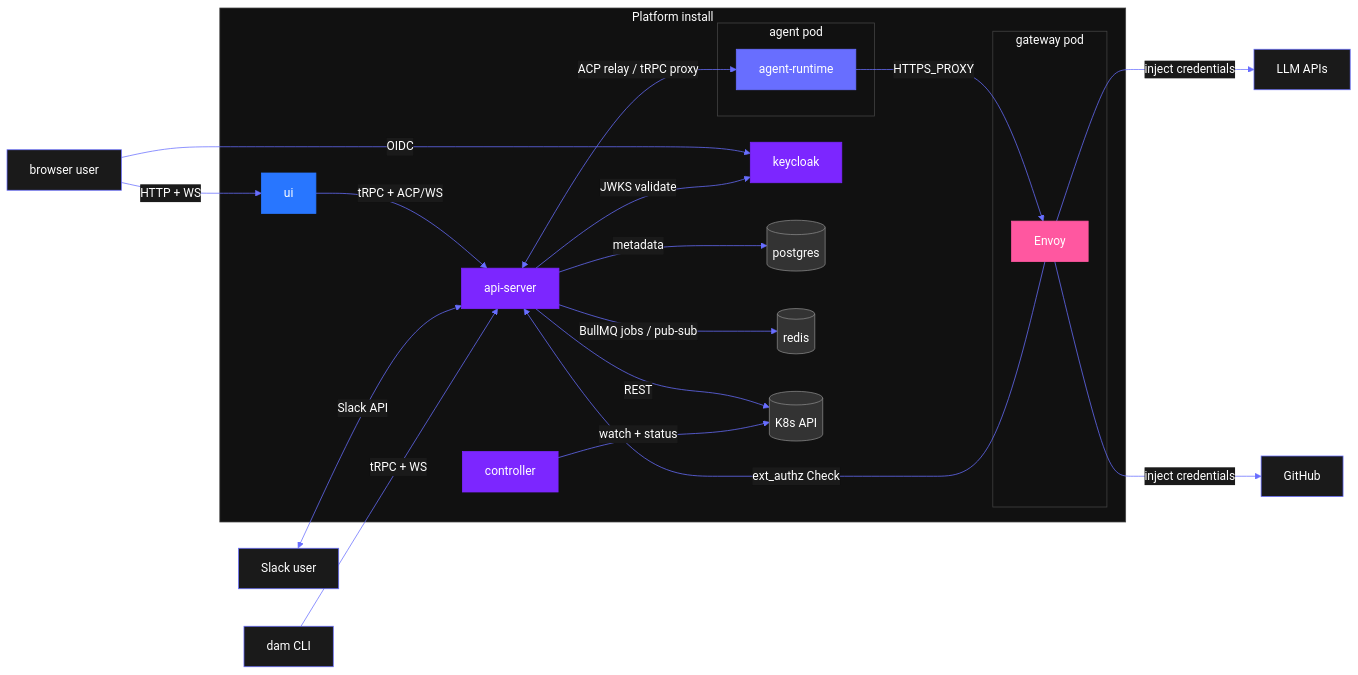
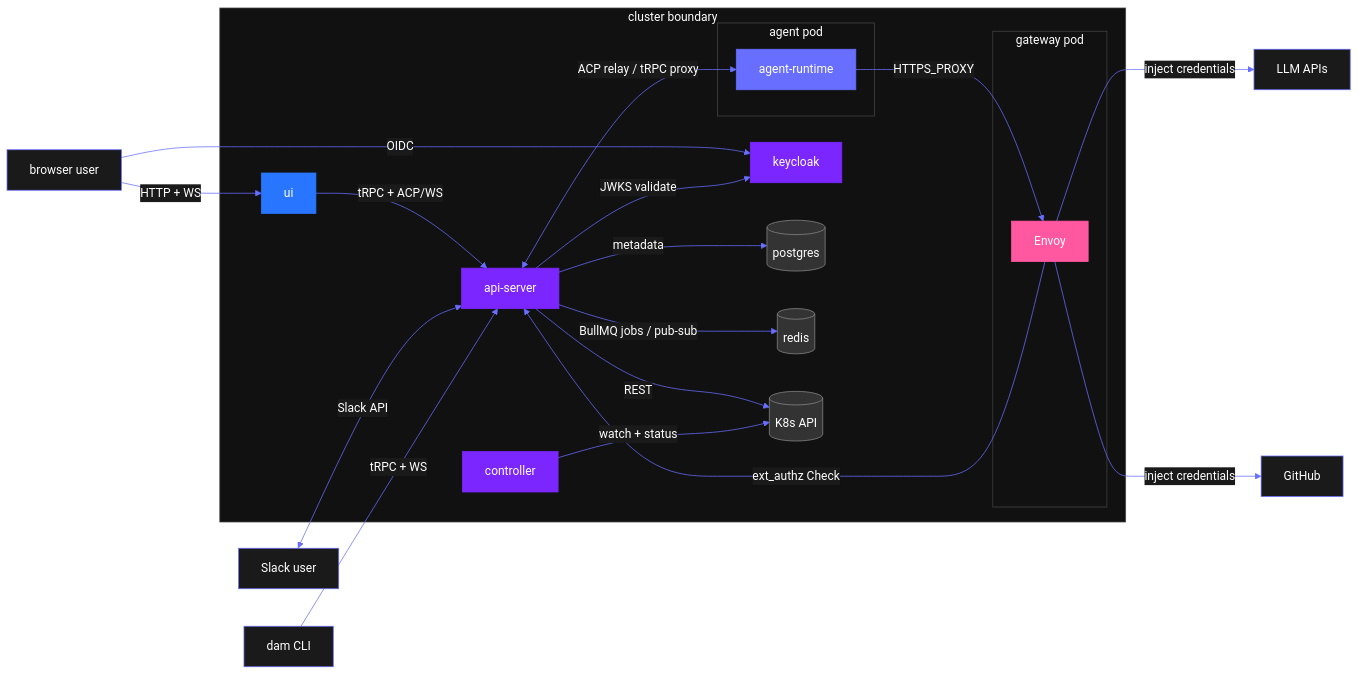
One commit to dam-agents/dam changed the diagram in README.md. Above: the diagram before and after it, drawn with Mermaid. The commit also changed other lines of this file, not shown here.

````diff
--- a/README.md
+++ b/README.md
@@ -45,60 +45,60 @@
 ```mermaid
 %%{init: {"theme": "base", "themeVariables": {"primaryColor": "#1a1a1a", "primaryTextColor": "#ffffff", "primaryBorderColor": "#444444", "lineColor": "#686EFF", "secondaryColor": "#111111", "tertiaryColor": "#0d0d0d", "clusterBkg": "#111111", "clusterBorder": "#444444", "titleColor": "#ffffff", "edgeLabelBackground": "#1a1a1a", "fontFamily": "monospace"}}}%%
 flowchart LR
   user[browser user]
   slack-user[Slack user]
   cli[dam CLI]
   llm[LLM APIs]
   github[GitHub]
 
-  subgraph cluster[Platform install]
+  subgraph cluster[cluster boundary]
     ui[ui]
     api-server[api-server]
     controller[controller]
     keycloak[keycloak]
     postgres[(postgres)]
     redis[(redis)]
     k8s-api[(K8s API)]
     subgraph agentpod[agent pod]
       agent-runtime
     end
     subgraph gatewaypod[gateway pod]
       envoy[Envoy]
     end
   end
 
   user -->|HTTP + WS| ui
   ui -->|tRPC + ACP/WS| api-server
   user -->|OIDC| keycloak
 
   slack-user <-->|Slack API| api-server
 
   cli -->|tRPC + WS| api-server
 
   api-server <-->|ACP relay / tRPC proxy| agent-runtime
   api-server -->|REST| k8s-api
   api-server -->|JWKS validate| keycloak
   api-server -->|metadata| postgres
   api-server -->|BullMQ jobs / pub-sub| redis
 
   controller -->|watch + status| k8s-api
 
   agent-runtime -->|HTTPS_PROXY| envoy
   envoy -->|ext_authz Check| api-server
   envoy -->|inject credentials| llm
   envoy -->|inject credentials| github
 
   classDef external fill:#1a1a1a,stroke:#686EFF,color:#ffffff
   classDef frontend fill:#2876FF,stroke:#2876FF,color:#ffffff
   classDef backend fill:#7C26FF,stroke:#7C26FF,color:#ffffff
   classDef infra fill:#333333,stroke:#888888,color:#ffffff
   classDef gateway fill:#FF57A0,stroke:#FF57A0,color:#ffffff
   classDef agent fill:#686EFF,stroke:#686EFF,color:#ffffff
 
   class user,slack-user,cli,llm,github external
   class ui frontend
   class api-server,controller,keycloak backend
   class postgres,redis,k8s-api infra
   class envoy gateway
   class agent-runtime agent
 ```
````
